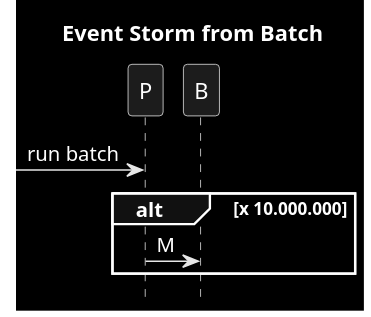
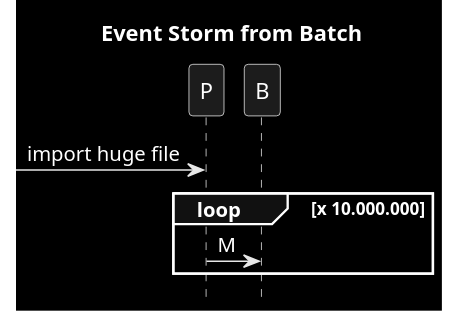
The diagram in patterns/9_storm_batch.puml (victorrentea/kafka), drawn with PlantUML before and after one commit. The commit also changed 47 other files, not shown here.

```diff
--- a/patterns/9_storm_batch.puml
+++ b/patterns/9_storm_batch.puml
@@ -1,11 +1,11 @@
 @startuml
 title Event Storm from Batch
 hide footbox
 skinparam monochrome reverse
 
-->P:run batch
-alt x 10.000.000
+->P:import huge file
+loop x 10.000.000
 P->B: M
 end
 
 @enduml
```
